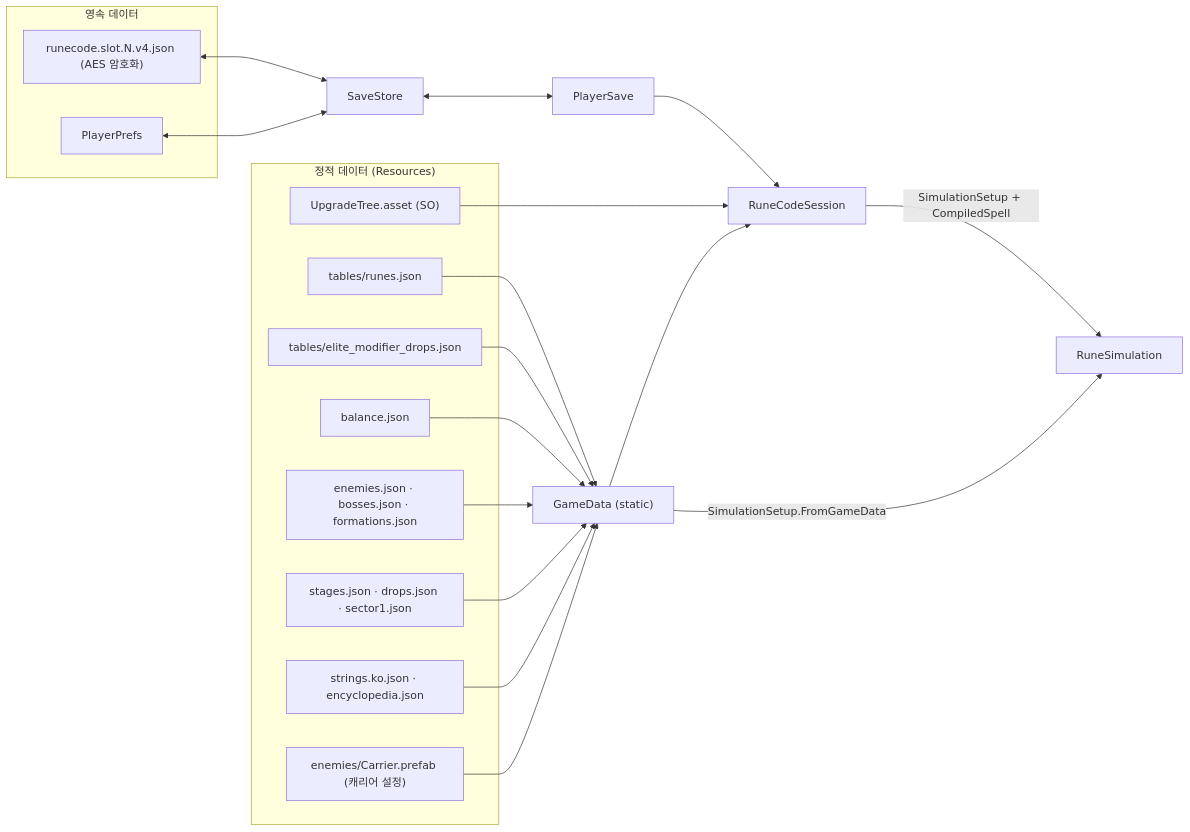
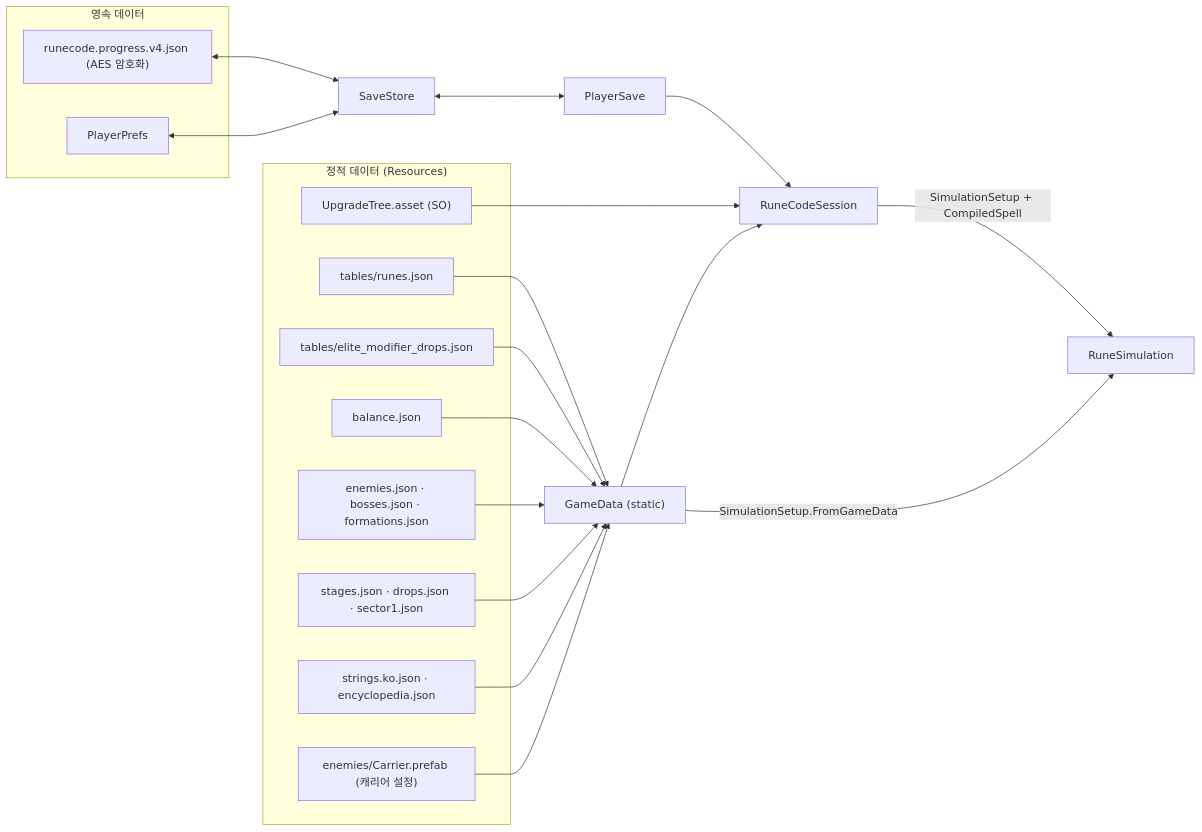
One commit to zopa2161/GameLab_Week08 changed the first of 2 diagrams in Assets/Share Docs~/02_Data.md. Above: the diagram before and after it, drawn with Mermaid. The commit also changed other lines of this file and 15 other files, not shown here.

````diff
--- a/Assets/Share Docs~/02_Data.md
+++ b/Assets/Share Docs~/02_Data.md
@@ -13,27 +13,27 @@
 ```mermaid
 flowchart LR
     subgraph Static["정적 데이터 (Resources)"]
         J1["tables/runes.json"]
         J2["tables/elite_modifier_drops.json"]
         J3["balance.json"]
         J4["enemies.json · bosses.json · formations.json"]
         J5["stages.json · drops.json · sector1.json"]
         J6["strings.ko.json · encyclopedia.json"]
         SO["UpgradeTree.asset (SO)"]
         PF["enemies/Carrier.prefab (캐리어 설정)"]
     end
     GD["GameData (static)"]
     J1 & J2 & J3 & J4 & J5 & J6 --> GD
     PF --> GD
     subgraph Persist["영속 데이터"]
-        SAVEFILE["runecode.slot.N.v4.json (AES 암호화)"]
+        SAVEFILE["runecode.progress.v4.json (AES 암호화)"]
         PREFS["PlayerPrefs"]
     end
     SAVEFILE <--> SS["SaveStore"] <--> PS["PlayerSave"]
     PREFS <--> SS
     PS --> SESS["RuneCodeSession"]
     SO --> SESS
     GD --> SESS
     SESS -->|SimulationSetup + CompiledSpell| SIM["RuneSimulation"]
     GD -->|SimulationSetup.FromGameData| SIM
 ```
````
